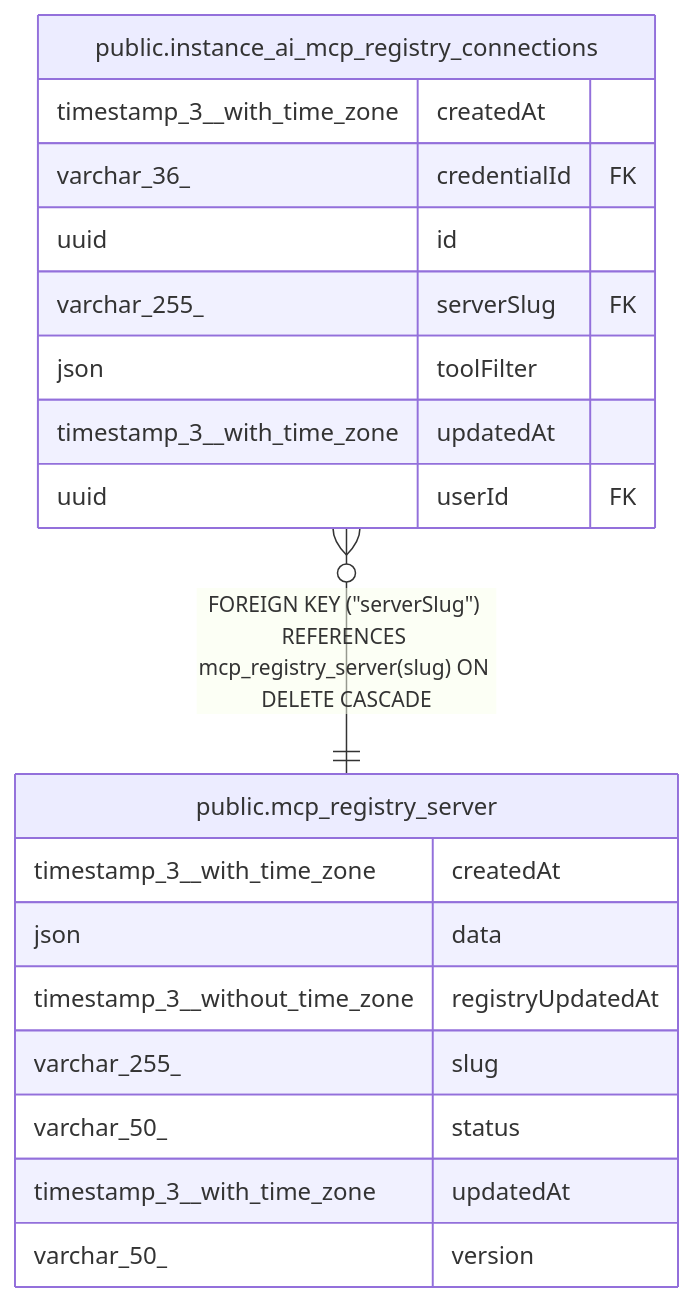
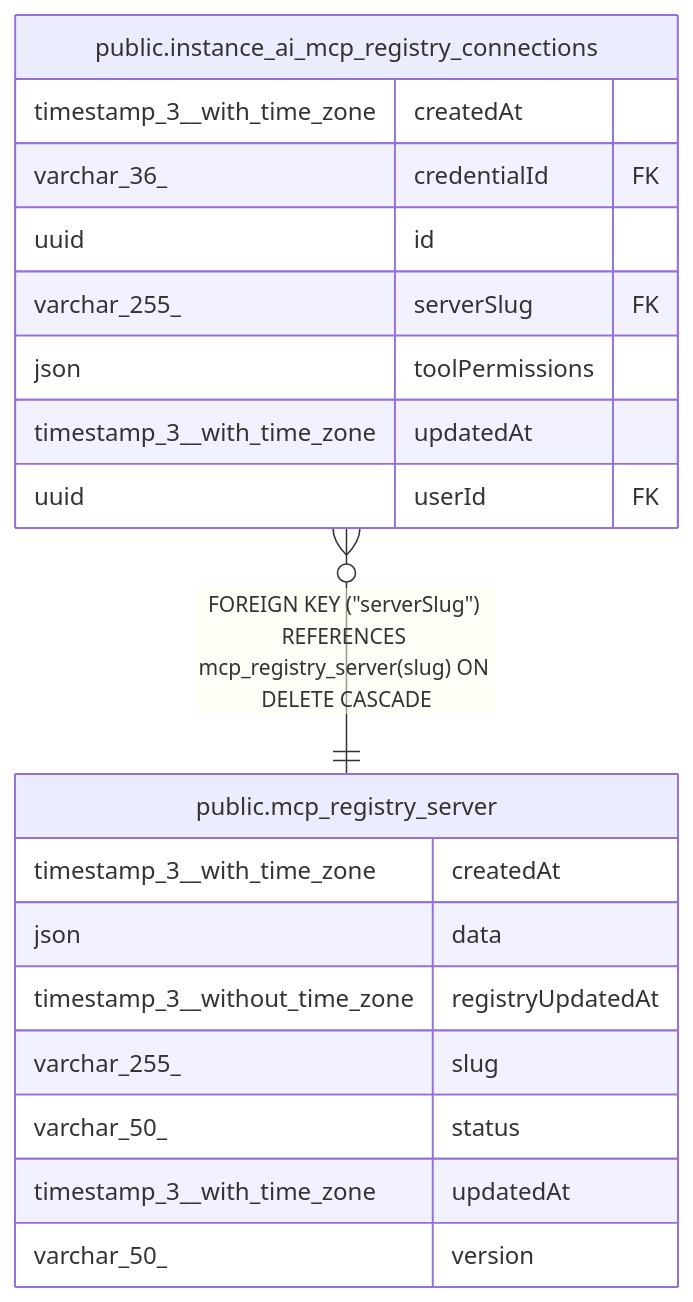
The diagram in n8n_integration/n8n_source/docs/generated/postgres-schema/public.mcp_registry_server.md (koreatest12/studys), drawn with Mermaid before and after one commit. The commit also changed 23019 other files, not shown here.

````diff
--- a/n8n_integration/n8n_source/docs/generated/postgres-schema/public.mcp_registry_server.md
+++ b/n8n_integration/n8n_source/docs/generated/postgres-schema/public.mcp_registry_server.md
@@ -37,24 +37,24 @@
 ```mermaid
 erDiagram
 
 "public.instance_ai_mcp_registry_connections" }o--|| "public.mcp_registry_server" : "FOREIGN KEY (#quot;serverSlug#quot;) REFERENCES mcp_registry_server(slug) ON DELETE CASCADE"
 
 "public.mcp_registry_server" {
   timestamp_3__with_time_zone createdAt
   json data
   timestamp_3__without_time_zone registryUpdatedAt
   varchar_255_ slug
   varchar_50_ status
   timestamp_3__with_time_zone updatedAt
   varchar_50_ version
 }
 "public.instance_ai_mcp_registry_connections" {
   timestamp_3__with_time_zone createdAt
   varchar_36_ credentialId FK
   uuid id
   varchar_255_ serverSlug FK
-  json toolFilter
+  json toolPermissions
   timestamp_3__with_time_zone updatedAt
   uuid userId FK
 }
 ```
````
